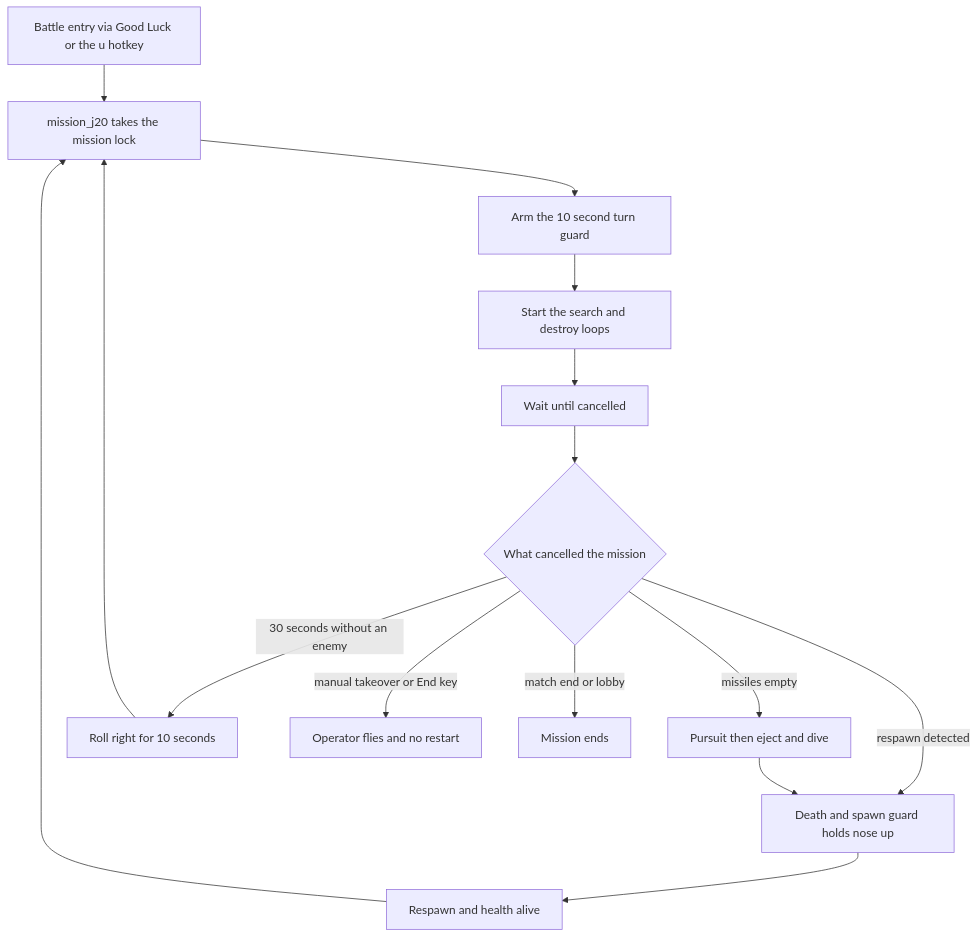
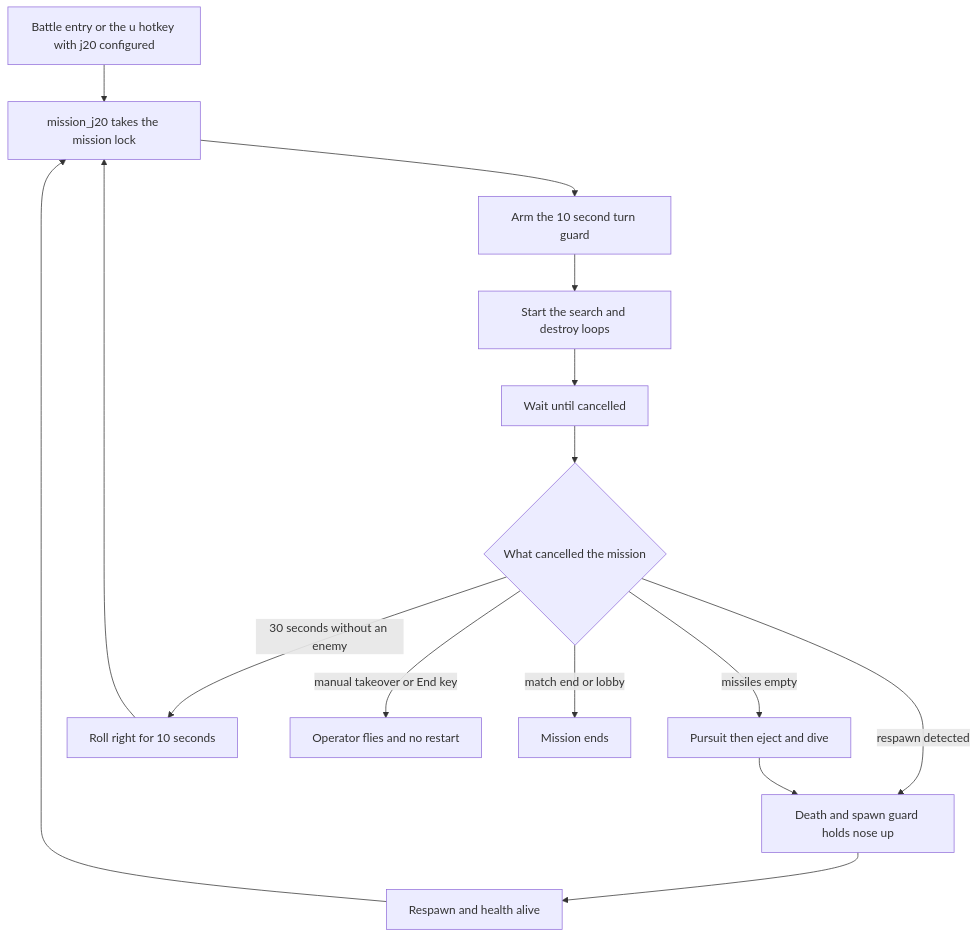
The diagram in docs/missions/j20.md (mhouse1/wingman), drawn with Mermaid before and after one commit. The commit also changed other lines of this file and 8 other files, not shown here.

````diff
--- a/docs/missions/j20.md
+++ b/docs/missions/j20.md
@@ -37,17 +38,17 @@
 ```mermaid
 flowchart TD
-    A[Battle entry via Good Luck or the u hotkey] --> M[mission_j20 takes the mission lock]
+    A[Battle entry or the u hotkey with j20 configured] --> M[mission_j20 takes the mission lock]
     R[Respawn and health alive] --> M
     M --> G[Arm the 10 second turn guard]
     G --> S[Start the search and destroy loops]
     S --> W[Wait until cancelled]
     W --> C{What cancelled the mission}
     C -->|respawn detected| D[Death and spawn guard holds nose up]
     D --> R
     C -->|missiles empty| E[Pursuit then eject and dive]
     E --> D
     C -->|30 seconds without an enemy| F[Roll right for 10 seconds]
     F --> M
     C -->|manual takeover or End key| H[Operator flies and no restart]
     C -->|match end or lobby| L[Mission ends]
 ```
````
